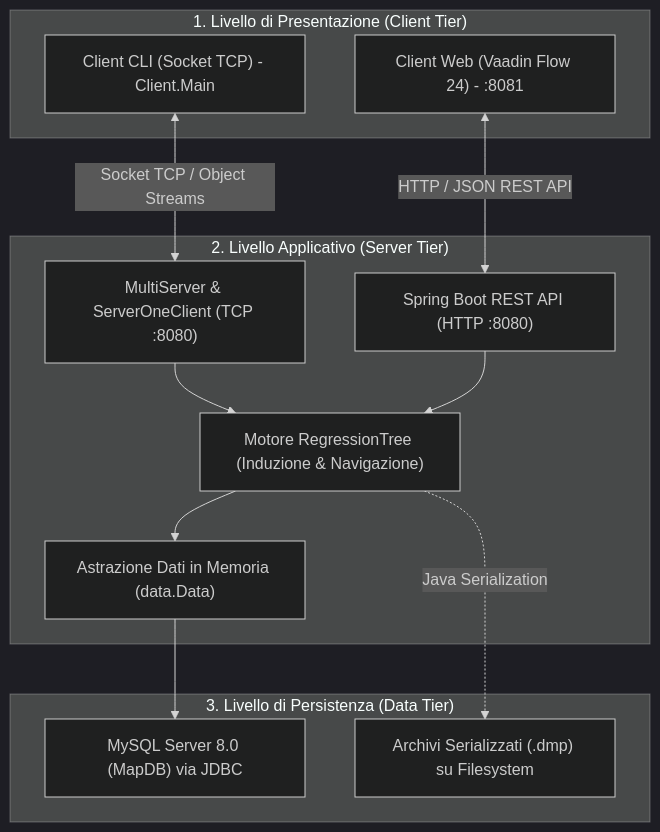
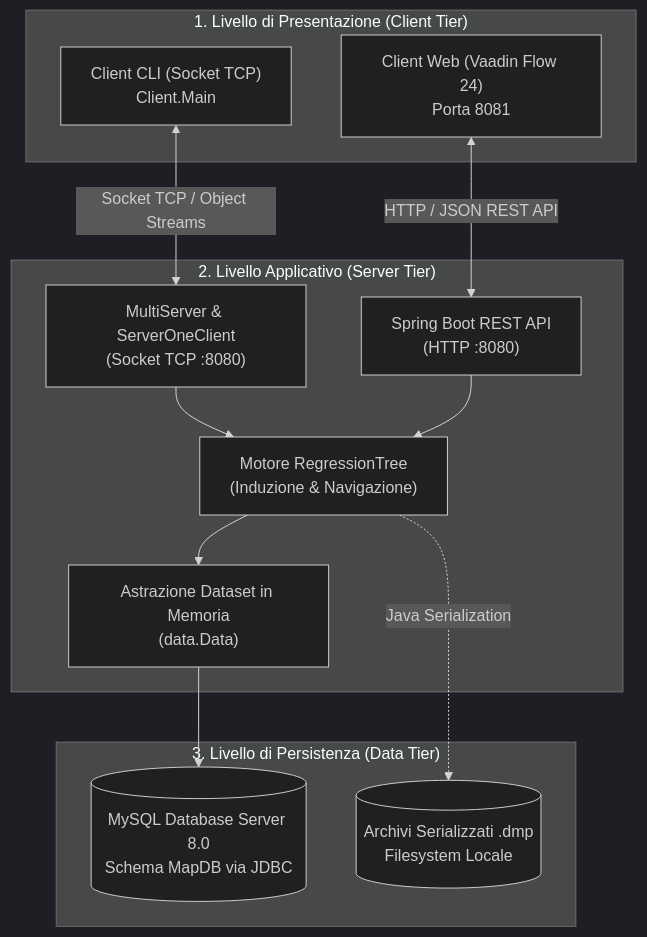
The first of 3 diagrams in docs/guida-tecnica.md (MarcoDiana/Albero_di_regressione), drawn with Mermaid (dark theme) before and after one commit. The commit also changed other lines of this file and 6 other files, not shown here.

Commit message:
docs: enlarge and scale mermaid diagrams to full width with larger typography

````diff
--- a/docs/guida-tecnica.md
+++ b/docs/guida-tecnica.md
@@ -9,29 +9,29 @@
 ```mermaid
 graph TD
     subgraph ClientTier ["1. Livello di Presentazione (Client Tier)"]
-        CLI["Client CLI (Socket TCP) - Client.Main"]
-        WEB["Client Web (Vaadin Flow 24) - :8081"]
+        CLI["Client CLI (Socket TCP)<br/>Client.Main"]
+        WEB["Client Web (Vaadin Flow 24)<br/>Porta 8081"]
     end
 
     subgraph ServerTier ["2. Livello Applicativo (Server Tier)"]
-        TCPL["MultiServer & ServerOneClient (TCP :8080)"]
-        REST["Spring Boot REST API (HTTP :8080)"]
-        CORE["Motore RegressionTree (Induzione & Navigazione)"]
-        DATA["Astrazione Dati in Memoria (data.Data)"]
+        TCPL["MultiServer & ServerOneClient<br/>(Socket TCP :8080)"]
+        REST["Spring Boot REST API<br/>(HTTP :8080)"]
+        CORE["Motore RegressionTree<br/>(Induzione & Navigazione)"]
+        DATA["Astrazione Dataset in Memoria<br/>(data.Data)"]
         
         TCPL --> CORE
         REST --> CORE
         CORE --> DATA
     end
 
     subgraph DataTier ["3. Livello di Persistenza (Data Tier)"]
-        DB["MySQL Server 8.0 (MapDB) via JDBC"]
-        FS["Archivi Serializzati (.dmp) su Filesystem"]
+        DB[("MySQL Database Server 8.0<br/>Schema MapDB via JDBC")]
+        FS[("Archivi Serializzati .dmp<br/>Filesystem Locale")]
         
         DATA --> DB
-        CORE -. Java Serialization .-> FS
+        CORE -.->|"Java Serialization"| FS
     end
 
     CLI <-->|"Socket TCP / Object Streams"| TCPL
     WEB <-->|"HTTP / JSON REST API"| REST
 ```
````
